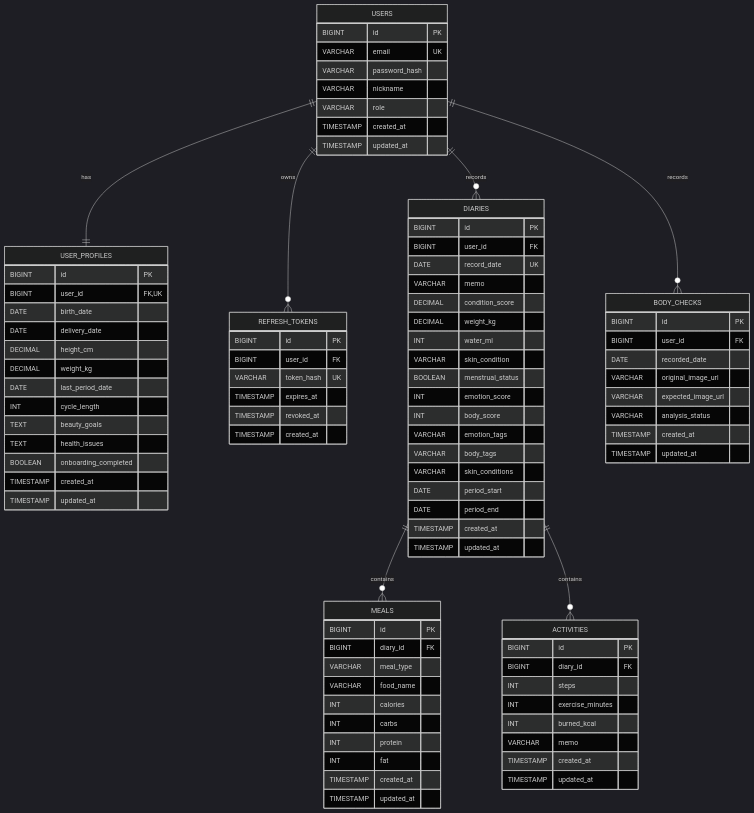
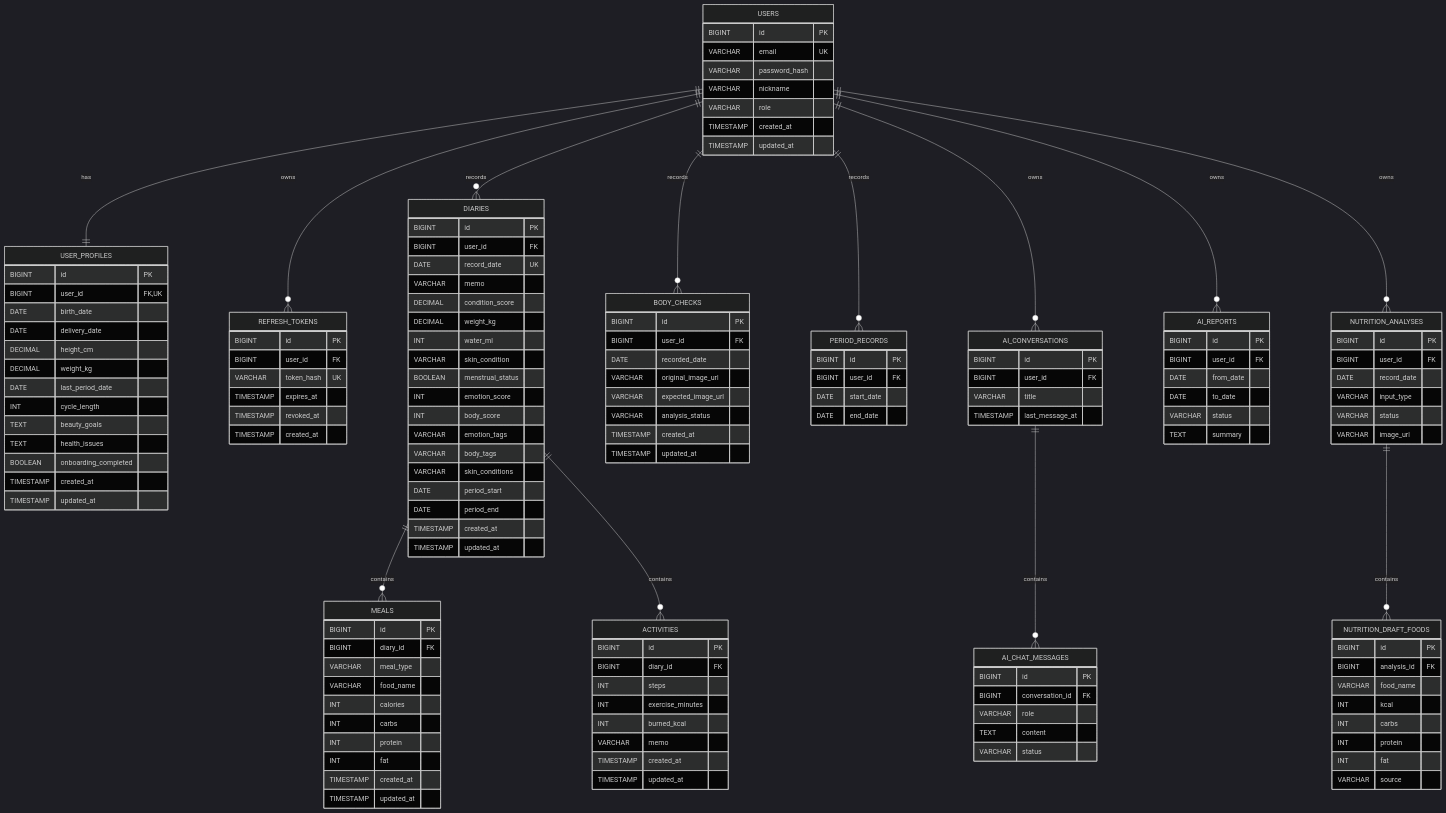
One commit to Lee1Jae/likelion-hanyang-erica-hackathon-team2-backend changed the diagram in README.md. Above: the diagram before and after it, drawn with Mermaid (dark theme). The commit also changed other lines of this file and 58 other files, not shown here.

````diff
--- a/README.md
+++ b/README.md
@@ -85,8 +93,14 @@
     USERS ||--o{ REFRESH_TOKENS : owns
     USERS ||--o{ DIARIES : records
     USERS ||--o{ BODY_CHECKS : records
+    USERS ||--o{ PERIOD_RECORDS : records
+    USERS ||--o{ AI_CONVERSATIONS : owns
+    USERS ||--o{ AI_REPORTS : owns
+    USERS ||--o{ NUTRITION_ANALYSES : owns
     DIARIES ||--o{ MEALS : contains
     DIARIES ||--o{ ACTIVITIES : contains
+    AI_CONVERSATIONS ||--o{ AI_CHAT_MESSAGES : contains
+    NUTRITION_ANALYSES ||--o{ NUTRITION_DRAFT_FOODS : contains
 
     USERS {
         BIGINT id PK
@@ -178,4 +192,55 @@
         TIMESTAMP created_at
         TIMESTAMP updated_at
     }
+
+    PERIOD_RECORDS {
+        BIGINT id PK
+        BIGINT user_id FK
+        DATE start_date
+        DATE end_date
+    }
+
+    AI_CONVERSATIONS {
+        BIGINT id PK
+        BIGINT user_id FK
+        VARCHAR title
+        TIMESTAMP last_message_at
+    }
+
+    AI_CHAT_MESSAGES {
+        BIGINT id PK
+        BIGINT conversation_id FK
+        VARCHAR role
+        TEXT content
+        VARCHAR status
+    }
+
+    AI_REPORTS {
+        BIGINT id PK
+        BIGINT user_id FK
+        DATE from_date
+        DATE to_date
+        VARCHAR status
+        TEXT summary
+    }
+
+    NUTRITION_ANALYSES {
+        BIGINT id PK
+        BIGINT user_id FK
+        DATE record_date
+        VARCHAR input_type
+        VARCHAR status
+        VARCHAR image_url
+    }
+
+    NUTRITION_DRAFT_FOODS {
+        BIGINT id PK
+        BIGINT analysis_id FK
+        VARCHAR food_name
+        INT kcal
+        INT carbs
+        INT protein
+        INT fat
+        VARCHAR source
+    }
 ```
````
